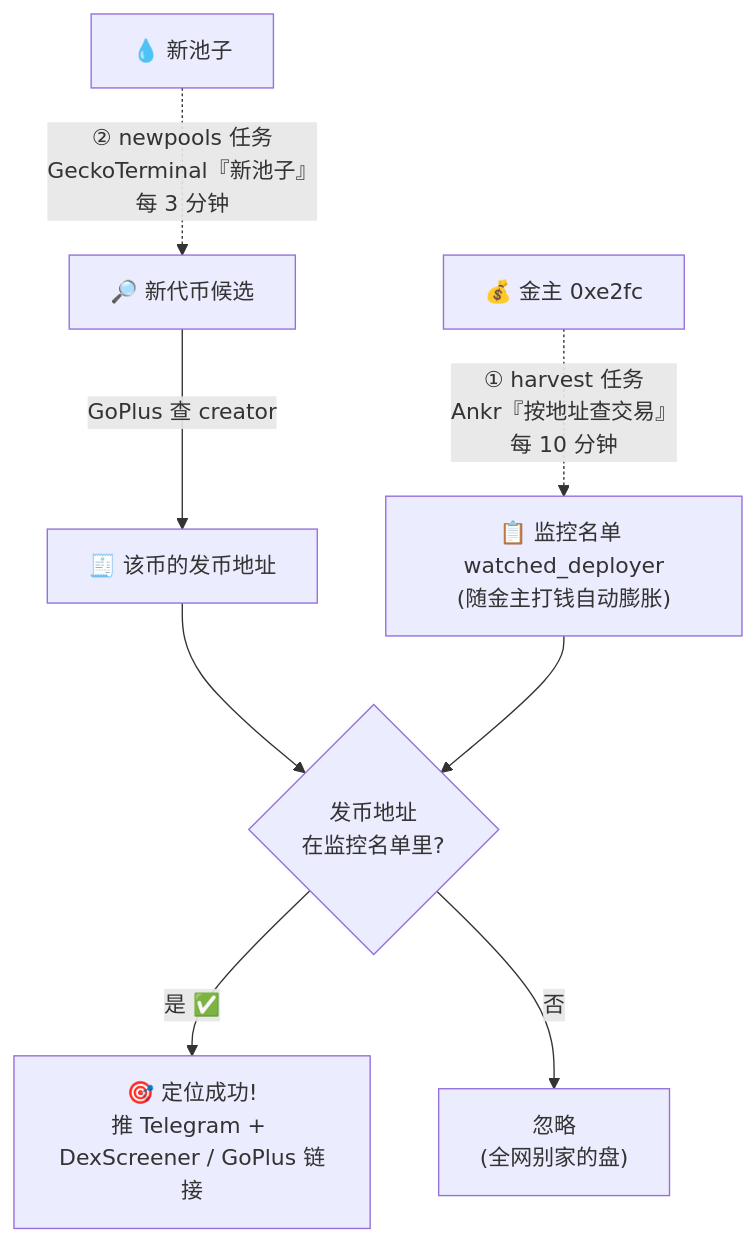
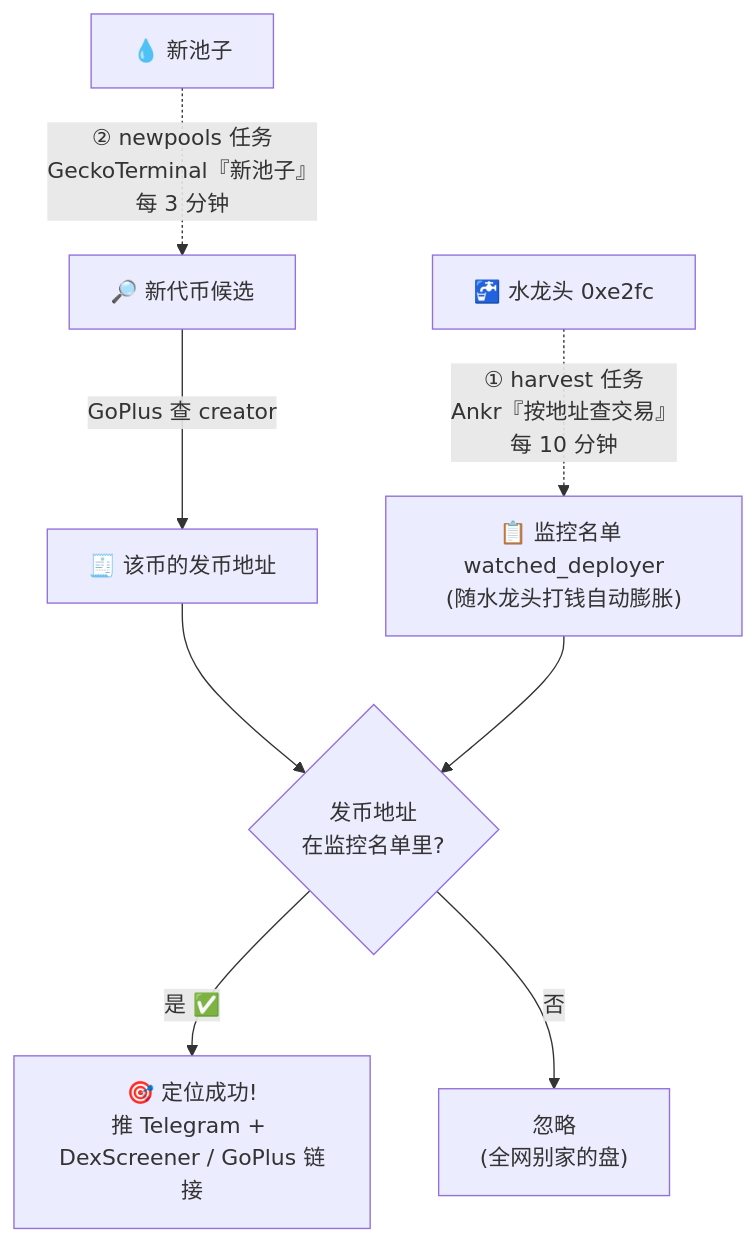
One commit to minner-fun/onchain-token-monitor-for-cz changed the second of 3 diagrams in docs/监控体系-如何定位发币地址.md. Above: the diagram before and after it, drawn with Mermaid. The commit also changed other lines of this file and 3 other files, not shown here.

````diff
--- a/docs/监控体系-如何定位发币地址.md
+++ b/docs/监控体系-如何定位发币地址.md
@@ -24,12 +26,12 @@
 ```mermaid
 flowchart TD
-    PM["💰 金主 0xe2fc"] -.->|"① harvest 任务<br/>Ankr『按地址查交易』<br/>每 10 分钟"| WATCH["📋 监控名单 watched_deployer<br/>(随金主打钱自动膨胀)"]
+    PM["🚰 水龙头 0xe2fc"] -.->|"① harvest 任务<br/>Ankr『按地址查交易』<br/>每 10 分钟"| WATCH["📋 监控名单 watched_deployer<br/>(随水龙头打钱自动膨胀)"]
 
     POOL["💧 新池子"] -.->|"② newpools 任务<br/>GeckoTerminal『新池子』<br/>每 3 分钟"| NEW["🔎 新代币候选"]
     NEW -->|"GoPlus 查 creator"| CREATOR["🧾 该币的发币地址"]
 
     CREATOR --> MATCH{"发币地址<br/>在监控名单里?"}
     WATCH --> MATCH
     MATCH -->|"是 ✅"| HIT["🎯 定位成功!<br/>推 Telegram + DexScreener / GoPlus 链接"]
     MATCH -->|"否"| SKIP["忽略<br/>(全网别家的盘)"]
 ```
````
